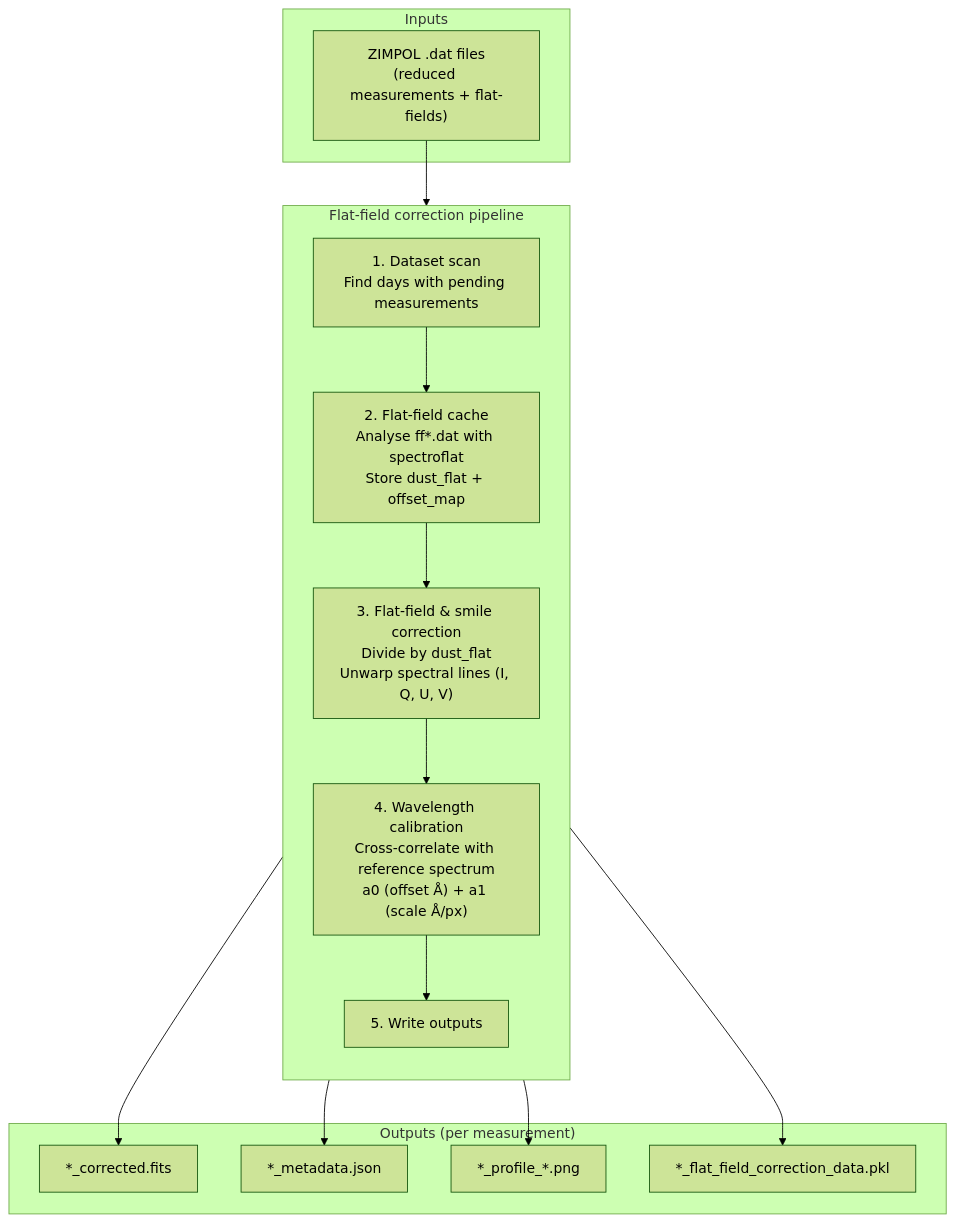
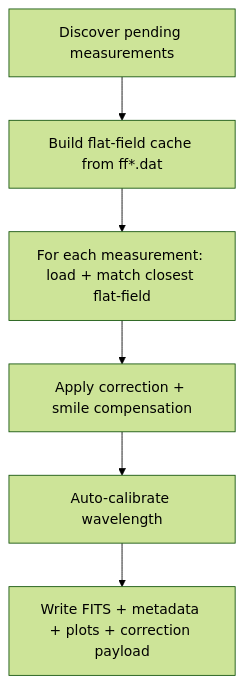
One commit to irsol-locarno/irsol-data-pipeline changed the diagram in documentation/pipeline-flat-field-correction.md. Above: the diagram before and after it, drawn with Mermaid (forest theme). The commit also changed other lines of this file and 9 other files, not shown here.

````diff
--- a/documentation/pipeline-flat-field-correction.md
+++ b/documentation/pipeline-flat-field-correction.md
@@ -7,36 +7,8 @@
 ```mermaid
-graph TB
-    subgraph inputs["Inputs"]
-        DAT["ZIMPOL .dat files
-(reduced measurements + flat-fields)"]
-    end
-
-    subgraph pipeline["Flat-field correction pipeline"]
-        direction TB
-        SCAN["1. Dataset scan
-Find days with pending measurements"]
-        FF["2. Flat-field cache
-Analyse ff*.dat with spectroflat
-Store dust_flat + offset_map"]
-        CORR["3. Flat-field & smile correction
-Divide by dust_flat
-Unwarp spectral lines (I, Q, U, V)"]
-        CAL["4. Wavelength calibration
-Cross-correlate with reference spectrum
-a0 (offset Å) + a1 (scale Å/px)"]
-        IO["5. Write outputs"]
-    end
-
-    subgraph outputs["Outputs (per measurement)"]
-        FITS["*_corrected.fits"]
-        META["*_metadata.json"]
-        PNG["*_profile_*.png"]
-        PKL["*_flat_field_correction_data.pkl"]
-    end
-
-    DAT --> SCAN --> FF --> CORR --> CAL --> IO
-    IO --> FITS
-    IO --> META
-    IO --> PNG
-    IO --> PKL
+flowchart TD
+    A["Discover pending measurements"] --> B["Build flat-field cache from ff*.dat"]
+    B --> C["For each measurement: load + match closest flat-field"]
+    C --> D["Apply correction + smile compensation"]
+    D --> E["Auto-calibrate wavelength"]
+    E --> F["Write FITS + metadata + plots + correction payload"]
 ```
````
